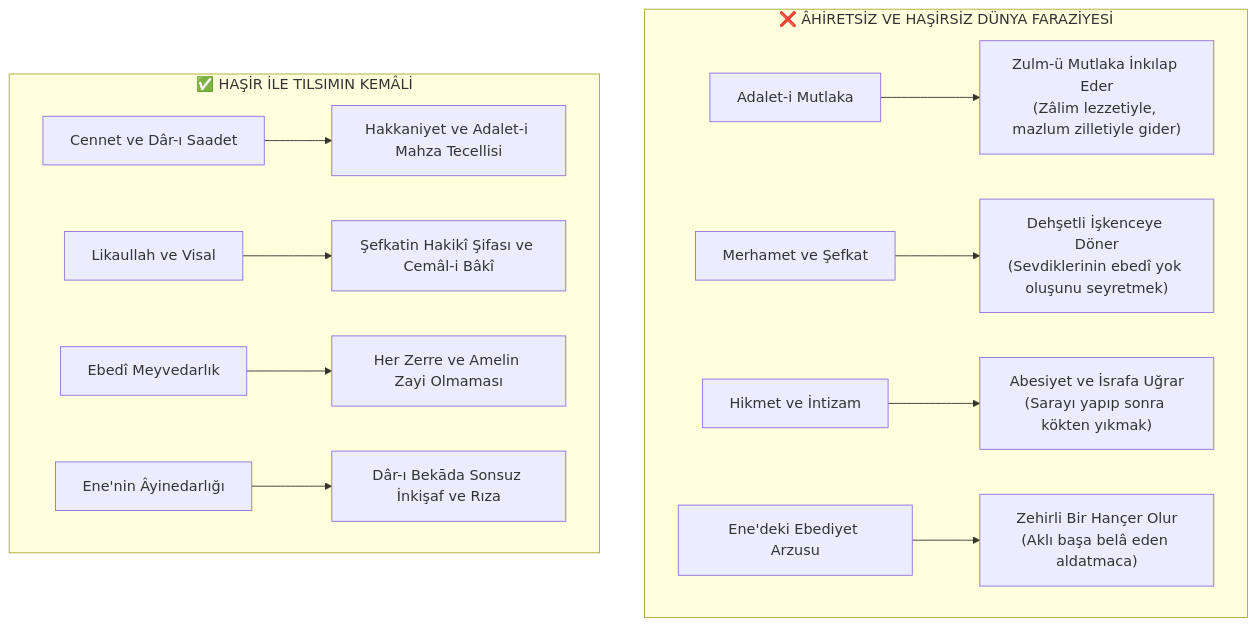
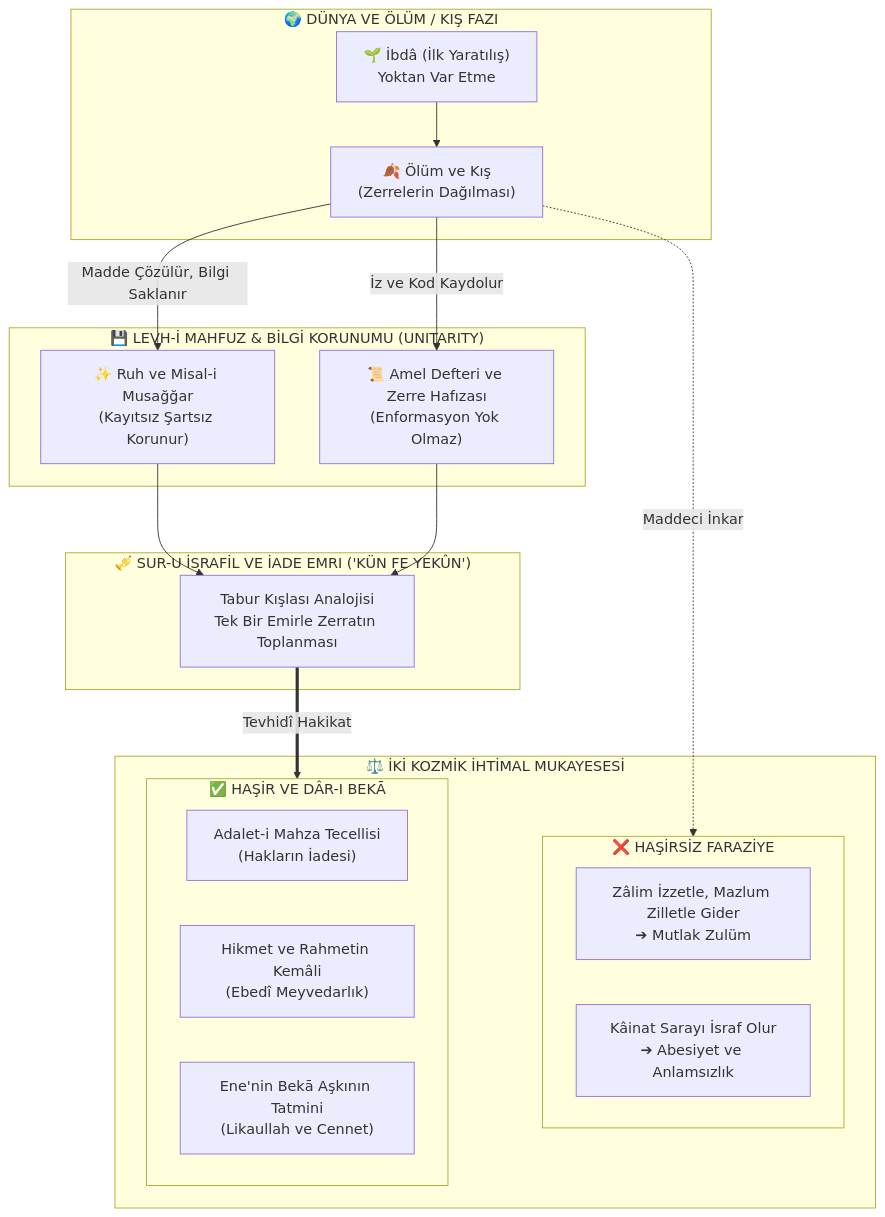
Before and after one commit to bahattinyunus/tilsim-i-kainat: the diagram in docs/hasir-ve-ebediyet-tilsimi.md, drawn with Mermaid. The commit also changed other lines of this file and 9 other files, not shown here.

````diff
--- a/docs/hasir-ve-ebediyet-tilsimi.md
+++ b/docs/hasir-ve-ebediyet-tilsimi.md
@@ -20,16 +18,37 @@
 ```mermaid
 flowchart TD
-    subgraph Ebediyetsiz["❌ ÂHİRETSİZ VE HAŞİRSİZ DÜNYA FARAZİYESİ"]
-        H1["Adalet-i Mutlaka"] --> Z1["Zulm-ü Mutlaka İnkılap Eder<br/>(Zâlim lezzetiyle, mazlum zilletiyle gider)"]
-        H2["Merhamet ve Şefkat"] --> Z2["Dehşetli İşkenceye Döner<br/>(Sevdiklerinin ebedî yok oluşunu seyretmek)"]
-        H3["Hikmet ve İntizam"] --> Z3["Abesiyet ve İsrafa Uğrar<br/>(Sarayı yapıp sonra kökten yıkmak)"]
-        H4["Ene'deki Ebediyet Arzusu"] --> Z4["Zehirli Bir Hançer Olur<br/>(Aklı başa belâ eden aldatmaca)"]
+    subgraph Dunya["🌍 DÜNYA VE ÖLÜM / KIŞ FAZI"]
+        YARATILIS["🌱 İbdâ (İlk Yaratılış)<br/>Yoktan Var Etme"]
+        OLUM["🍂 Ölüm ve Kış<br/>(Zerrelerin Dağılması)"]
+        YARATILIS --> OLUM
     end
-    
-    subgraph Ebediyetle["✅ HAŞİR İLE TILSIMIN KEMÂLİ"]
-        B1["Cennet ve Dâr-ı Saadet"] --> K1["Hakkaniyet ve Adalet-i Mahza Tecellisi"]
-        B2["Likaullah ve Visal"] --> K2["Şefkatin Hakikî Şifası ve Cemâl-i Bâkî"]
-        B3["Ebedî Meyvedarlık"] --> K3["Her Zerre ve Amelin Zayi Olmaması"]
-        B4["Ene'nin Âyinedarlığı"] --> K4["Dâr-ı Bekāda Sonsuz İnkişaf ve Rıza"]
+
+    subgraph Korunum["💾 LEVH-İ MAHFUZ & BİLGİ KORUNUMU (UNITARITY)"]
+        RUH["✨ Ruh ve Misal-i Musağğar<br/>(Kayıtsız Şartsız Korunur)"]
+        AMEL["📜 Amel Defteri ve Zerre Hafızası<br/>(Enformasyon Yok Olmaz)"]
+        OLUM -->|Madde Çözülür, Bilgi Saklanır| RUH
+        OLUM -->|İz ve Kod Kaydolur| AMEL
+    end
+
+    subgraph Sur["🎺 SUR-U İSRAFİL VE İADE EMRI ('KÜN FE YEKÛN')"]
+        BORU["Tabur Kışlası Analojisi<br/>Tek Bir Emirle Zerratın Toplanması"]
+        RUH --> BORU
+        AMEL --> BORU
+    end
+
+    subgraph Netice["⚖️ İKİ KOZMİK İHTİMAL MUKAYESESİ"]
+        subgraph Ahiretsiz["❌ HAŞİRSİZ FARAZİYE"]
+            Z1["Zâlim İzzetle, Mazlum Zilletle Gider<br/>➔ Mutlak Zulüm"]
+            Z2["Kâinat Sarayı İsraf Olur<br/>➔ Abesiyet ve Anlamsızlık"]
+        end
+
+        subgraph Ahiretli["✅ HAŞİR VE DÂR-I BEKĀ"]
+            H1["Adalet-i Mahza Tecellisi<br/>(Hakların İadesi)"]
+            H2["Hikmet ve Rahmetin Kemâli<br/>(Ebedî Meyvedarlık)"]
+            H3["Ene'nin Bekā Aşkının Tatmini<br/>(Likaullah ve Cennet)"]
+        end
+
+        BORU ==>|Tevhidî Hakikat| Ahiretli
+        OLUM -.->|Maddeci İnkar| Ahiretsiz
     end
 ```
````
